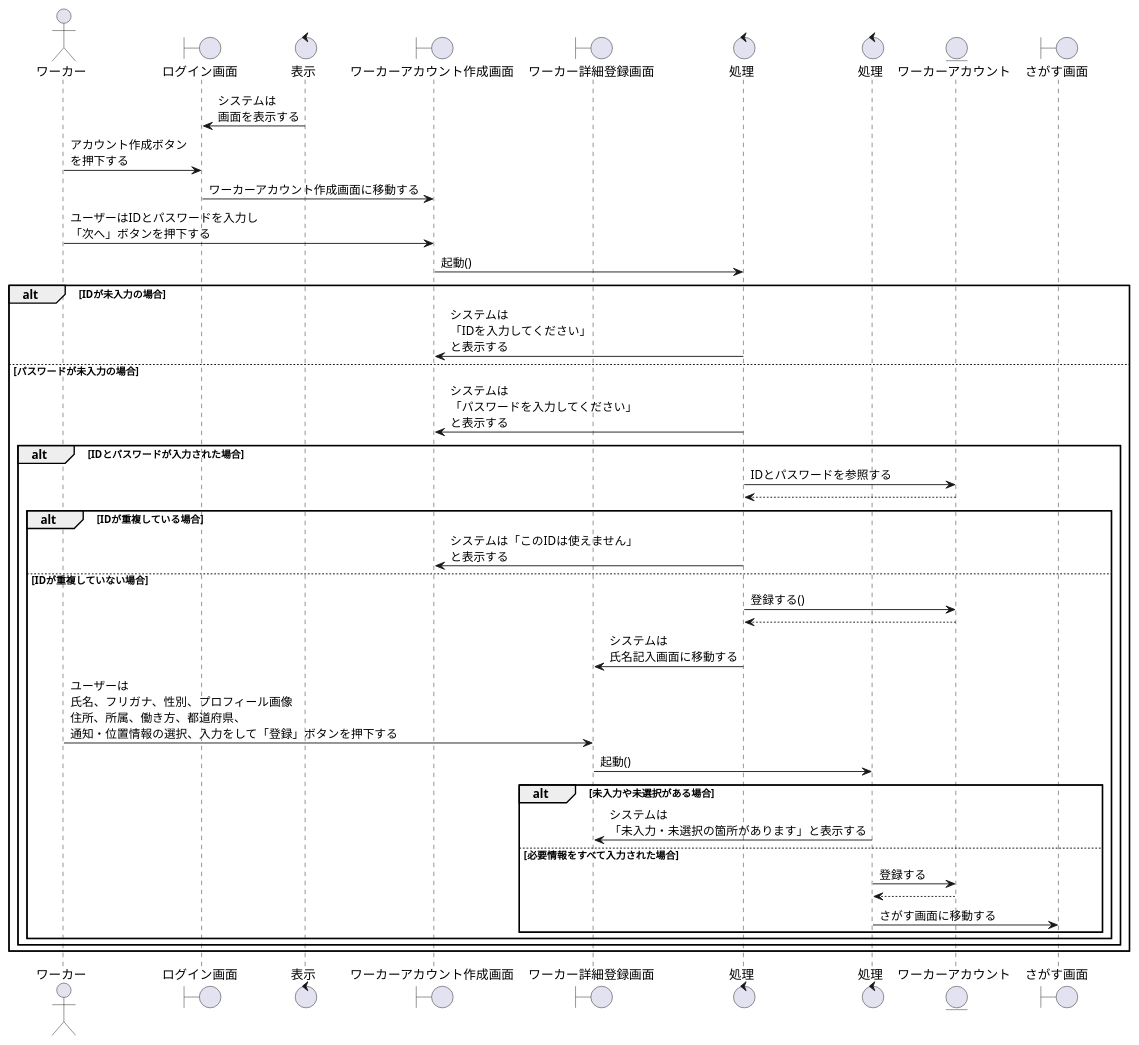
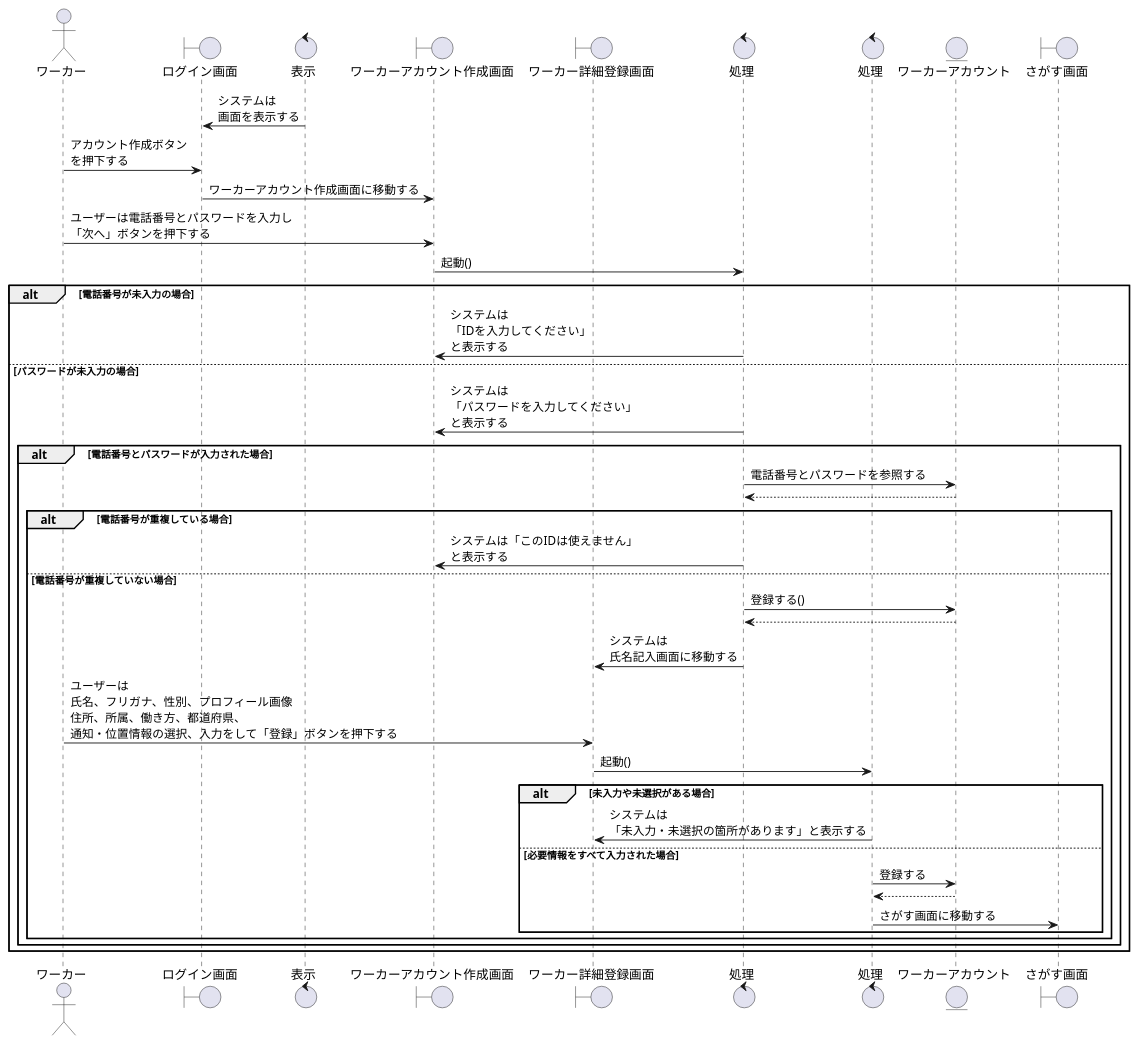
Before and after one commit to irukacb256/high_Me: the diagram in sequence_fig/1_login_fn/1_ワーカーのアカウントを作成する.pu, drawn with PlantUML. The commit also changed 3 other files, not shown here.

```diff
--- a/sequence_fig/1_login_fn/1_ワーカーのアカウントを作成する.pu
+++ b/sequence_fig/1_login_fn/1_ワーカーのアカウントを作成する.pu
@@ -1,62 +1,62 @@
 @startuml ワーカーのアカウントを作成する
 
 ' 1
 actor ワーカー as wo1
 
 boundary ログイン画面 as log1
 control 表示 as co1
 
 boundary ワーカーアカウント作成画面 as wav1
 boundary ワーカー詳細登録画面 as wdv1
 control 処理 as co2
 control 処理 as co3
 
 entity ワーカーアカウント as ac1
 boundary さがす画面 as sc1
 
 ' 2
 co1 -> log1 : システムは\n画面を表示する
 wo1 -> log1 : アカウント作成ボタン\nを押下する
 log1 -> wav1 : ワーカーアカウント作成画面に移動する
 
-wo1 -> wav1 : ユーザーはIDとパスワードを入力し\n「次へ」ボタンを押下する
+wo1 -> wav1 : ユーザーは電話番号とパスワードを入力し\n「次へ」ボタンを押下する
 wav1 -> co2 : 起動()
 
-alt IDが未入力の場合
+alt 電話番号が未入力の場合
     co2 -> wav1 : システムは\n「IDを入力してください」\nと表示する
 
 else パスワードが未入力の場合
     co2 -> wav1 : システムは\n「パスワードを入力してください」\nと表示する
 
-    alt IDとパスワードが入力された場合
-        co2 -> ac1 : IDとパスワードを参照する
+    alt 電話番号とパスワードが入力された場合
+        co2 -> ac1 : 電話番号とパスワードを参照する
         co2 <-- ac1
 
-        alt IDが重複している場合
+        alt 電話番号が重複している場合
             co2 -> wav1 : システムは「このIDは使えません」\nと表示する
 
-        else IDが重複していない場合
+        else 電話番号が重複していない場合
             co2 -> ac1 : 登録する()
             co2 <-- ac1
             co2 -> wdv1 : システムは\n氏名記入画面に移動する
             wo1 -> wdv1 : ユーザーは\n氏名、フリガナ、性別、プロフィール画像\n住所、所属、働き方、都道府県、\n通知・位置情報の選択、入力をして「登録」ボタンを押下する
             wdv1 -> co3 : 起動()    
 
     
 
 '3
             alt 未入力や未選択がある場合
                 co3 -> wdv1 : システムは\n「未入力・未選択の箇所があります」と表示する
 
     
             else 必要情報をすべて入力された場合
                 co3 -> ac1 : 登録する
                 co3 <-- ac1
                 co3 -> sc1 : さがす画面に移動する
             end
         end
     end
 
 end
 
 @enduml
```
